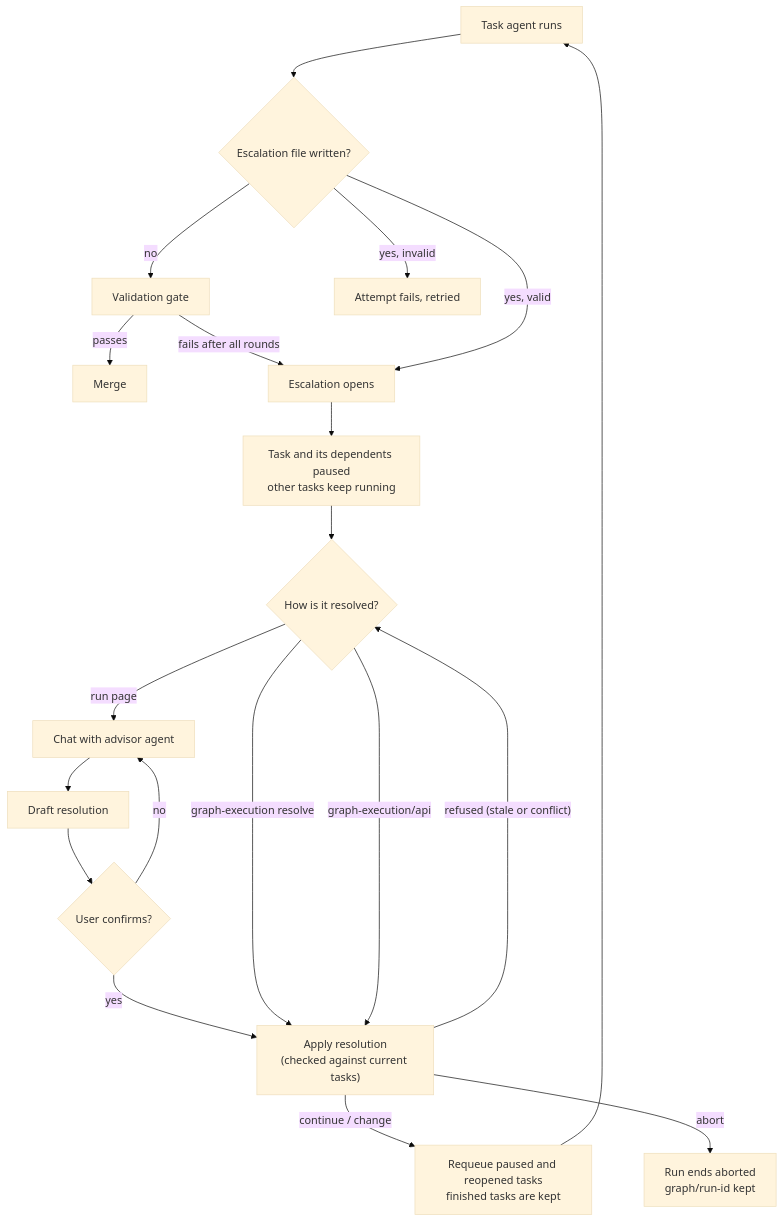
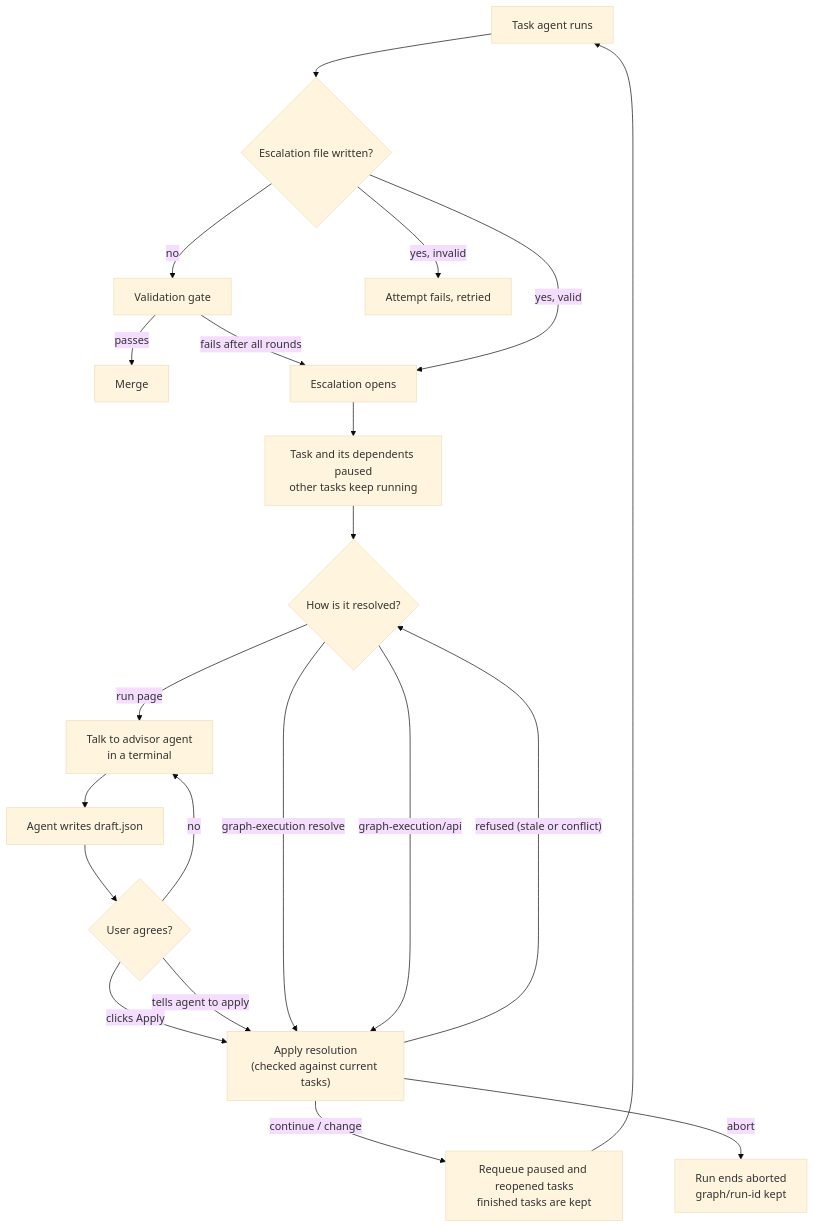
One commit to romm0109/graph-execution changed the diagram in docs/prd/escalation.md. Above: the diagram before and after it, drawn with Mermaid (base theme). The commit also changed other lines of this file, not shown here.

First line of the commit message:
docs: escalation spec: advisor terminal and shared terminal module

````diff
--- a/docs/prd/escalation.md
+++ b/docs/prd/escalation.md
@@ -22,22 +22,23 @@
 ```mermaid
 flowchart TD
     A["Task agent runs"] --> B{"Escalation file written?"}
     B -- "no" --> V["Validation gate"]
     V -- "passes" --> M["Merge"]
     V -- "fails after all rounds" --> E
     B -- "yes, valid" --> E["Escalation opens"]
     B -- "yes, invalid" --> R["Attempt fails, retried"]
     E --> P["Task and its dependents paused<br/>other tasks keep running"]
     P --> C{"How is it resolved?"}
-    C -- "run page" --> D["Chat with advisor agent"]
-    D --> DR["Draft resolution"]
-    DR --> U{"User confirms?"}
+    C -- "run page" --> D["Talk to advisor agent<br/>in a terminal"]
+    D --> DR["Agent writes draft.json"]
+    DR --> U{"User agrees?"}
     U -- "no" --> D
-    U -- "yes" --> AP
+    U -- "clicks Apply" --> AP
+    U -- "tells agent to apply" --> AP
     C -- "graph-execution resolve" --> AP["Apply resolution<br/>(checked against current tasks)"]
     C -- "graph-execution/api" --> AP
     AP -- "refused (stale or conflict)" --> C
     AP -- "continue / change" --> Q["Requeue paused and reopened tasks<br/>finished tasks are kept"]
     Q --> A
     AP -- "abort" --> X["Run ends aborted<br/>graph/run-id kept"]
 ```
````
